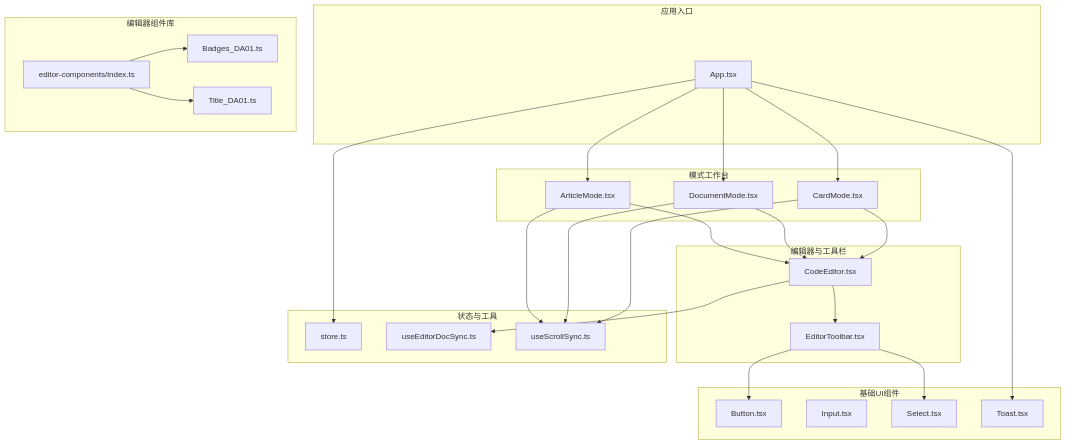
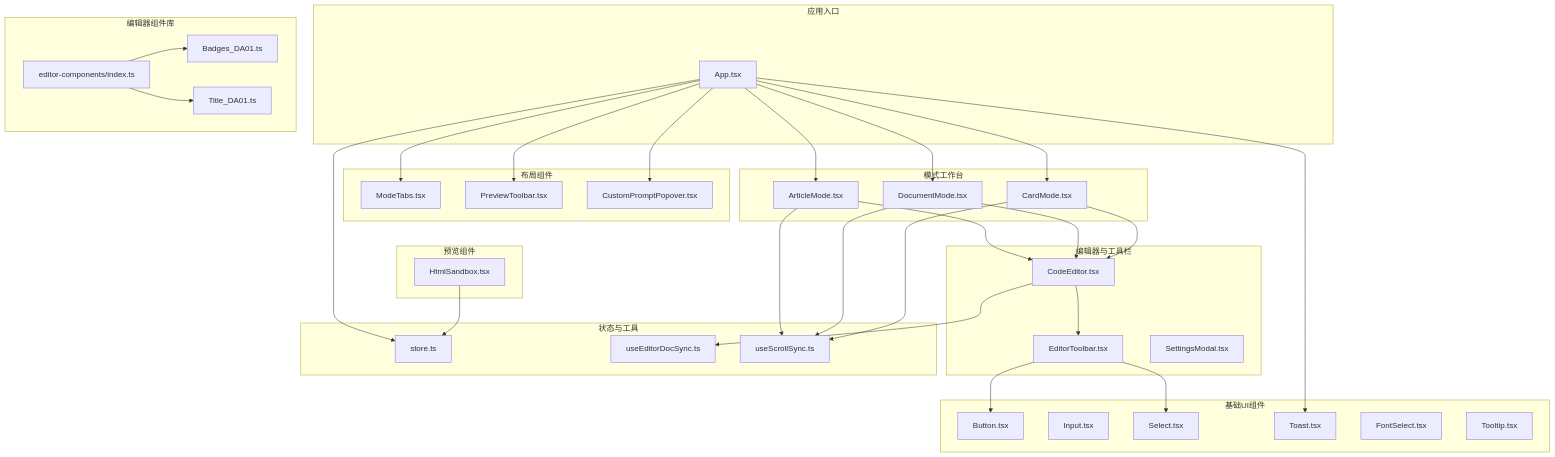
One commit to ZhongXiandou/markdown2view changed the first of 8 diagrams in .qoder/repowiki/zh/content/架构设计/组件系统设计/组件系统设计.md. Above: the diagram before and after it, drawn with Mermaid. The commit also changed other lines of this file and 35 other files, not shown here.

````diff
--- a/.qoder/repowiki/zh/content/架构设计/组件系统设计/组件系统设计.md
+++ b/.qoder/repowiki/zh/content/架构设计/组件系统设计/组件系统设计.md
@@ -47,48 +64,63 @@
 ```mermaid
 graph TB
 subgraph "应用入口"
 APP["App.tsx"]
 end
 subgraph "基础UI组件"
 BTN["Button.tsx"]
 INP["Input.tsx"]
 SEL["Select.tsx"]
 TS["Toast.tsx"]
+FS["FontSelect.tsx"]
+TP["Tooltip.tsx"]
+end
+subgraph "布局组件"
+MT["ModeTabs.tsx"]
+PT["PreviewToolbar.tsx"]
+CPP["CustomPromptPopover.tsx"]
 end
 subgraph "编辑器与工具栏"
 CE["CodeEditor.tsx"]
 ET["EditorToolbar.tsx"]
+SM["SettingsModal.tsx"]
+end
+subgraph "预览组件"
+HS["HtmlSandbox.tsx"]
 end
 subgraph "编辑器组件库"
 IDX["editor-components/index.ts"]
 BAD["Badges_DA01.ts"]
 TIT["Title_DA01.ts"]
 end
 subgraph "模式工作台"
 ART["ArticleMode.tsx"]
 DOC["DocumentMode.tsx"]
 CAR["CardMode.tsx"]
 end
 subgraph "状态与工具"
 STORE["store.ts"]
 SYNC["useEditorDocSync.ts"]
 SCROLL["useScrollSync.ts"]
 end
+APP --> MT
+APP --> PT
+APP --> CPP
 APP --> ART
 APP --> DOC
 APP --> CAR
 ART --> CE
 DOC --> CE
 CAR --> CE
 CE --> ET
 ET --> SEL
 ET --> BTN
 APP --> TS
 APP --> STORE
 CE --> SYNC
 ART --> SCROLL
 DOC --> SCROLL
 CAR --> SCROLL
+HS --> STORE
 IDX --> BAD
 IDX --> TIT
 ```
````
